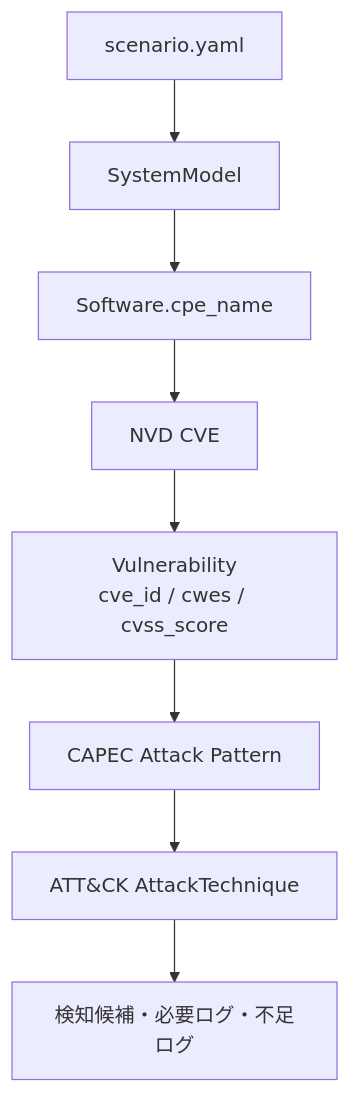
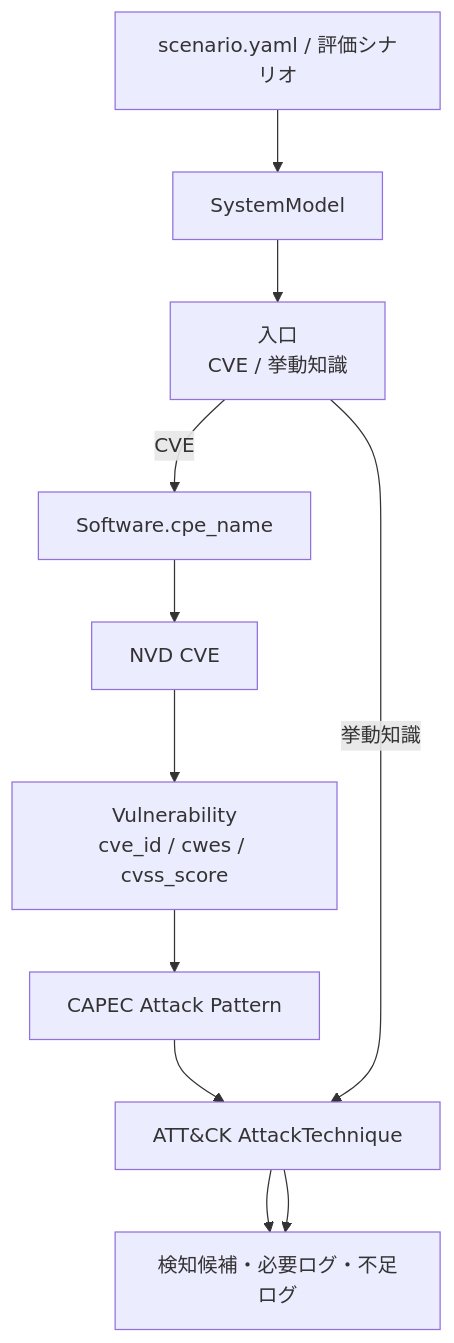
Before and after one commit to satokenn/threat-to-detection: the fourth of 6 diagrams in docs/design.md, drawn with Mermaid. The commit also changed other lines of this file and 53 other files, not shown here.

````diff
--- a/docs/design.md
+++ b/docs/design.md
@@ -117,13 +121,16 @@
 ```mermaid
 flowchart TD
-    scenario["scenario.yaml"]
+    scenario["scenario.yaml / 評価シナリオ"]
     system["SystemModel"]
+    entry["入口<br/>CVE / 挙動知識"]
     cpe["Software.cpe_name"]
     cve["NVD CVE"]
     vulnerability["Vulnerability<br/>cve_id / cwes / cvss_score"]
     capec["CAPEC Attack Pattern"]
     attack["ATT&CK AttackTechnique"]
     detection["検知候補・必要ログ・不足ログ"]
 
-    scenario --> system --> cpe --> cve --> vulnerability --> capec --> attack --> detection
+    scenario --> system --> entry
+    entry -->|CVE| cpe --> cve --> vulnerability --> capec --> attack --> detection
+    entry -->|挙動知識| attack --> detection
 ```
````
